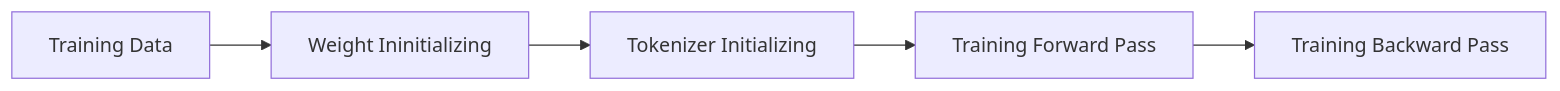
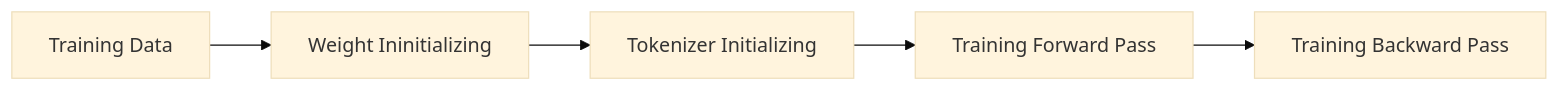
The first of 2 diagrams in README.md (ChrisZhu2050/chriszhu2050.github.io), drawn with Mermaid before and after one commit.

````diff
--- a/README.md
+++ b/README.md
@@ -14,4 +14,5 @@
 ```mermaid
+%%{init: {'theme':'base'}}%%
 graph LR
     A[Training Data] --> B[Weight Ininitializing] --> C[Tokenizer Initializing] --> D[Training Forward Pass] --> E[Training Backward Pass]
 ```
````
